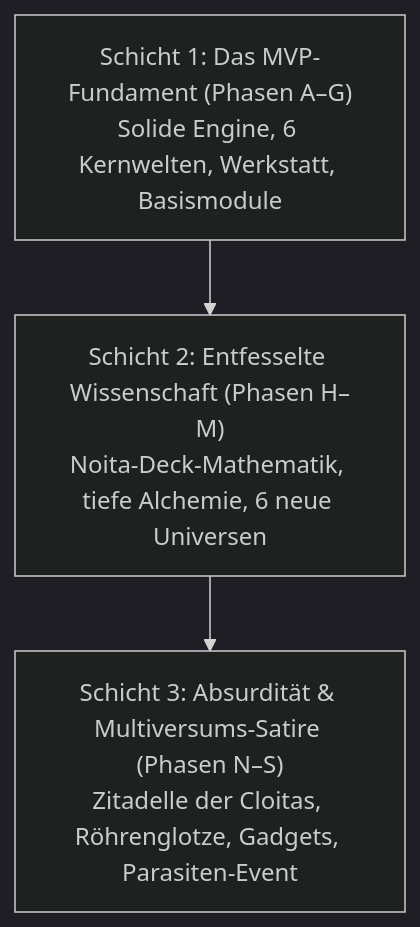
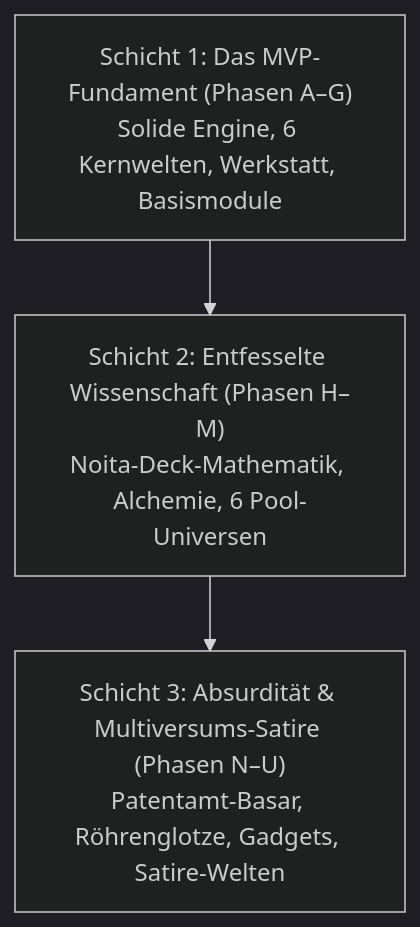
One commit to TGBox/py-noita-claude changed the diagram in docs/phase3_absurditaet/00-uebersicht.md. Above: the diagram before and after it, drawn with Mermaid (dark theme). The commit also changed other lines of this file and 21 other files, not shown here.

````diff
--- a/docs/phase3_absurditaet/00-uebersicht.md
+++ b/docs/phase3_absurditaet/00-uebersicht.md
@@ -10,5 +10,5 @@
 ```mermaid
 graph TD
-    A["Schicht 1: Das MVP-Fundament (Phasen A–G)<br/>Solide Engine, 6 Kernwelten, Werkstatt, Basismodule"] --> B["Schicht 2: Entfesselte Wissenschaft (Phasen H–M)<br/>Noita-Deck-Mathematik, tiefe Alchemie, 6 neue Universen"]
-    B --> C["Schicht 3: Absurdität & Multiversums-Satire (Phasen N–S)<br/>Zitadelle der Cloitas, Röhrenglotze, Gadgets, Parasiten-Event"]
+    A["Schicht 1: Das MVP-Fundament (Phasen A–G)<br/>Solide Engine, 6 Kernwelten, Werkstatt, Basismodule"] --> B["Schicht 2: Entfesselte Wissenschaft (Phasen H–M)<br/>Noita-Deck-Mathematik, Alchemie, 6 Pool-Universen"]
+    B --> C["Schicht 3: Absurdität & Multiversums-Satire (Phasen N–U)<br/>Patentamt-Basar, Röhrenglotze, Gadgets, Satire-Welten"]
 ```
````
